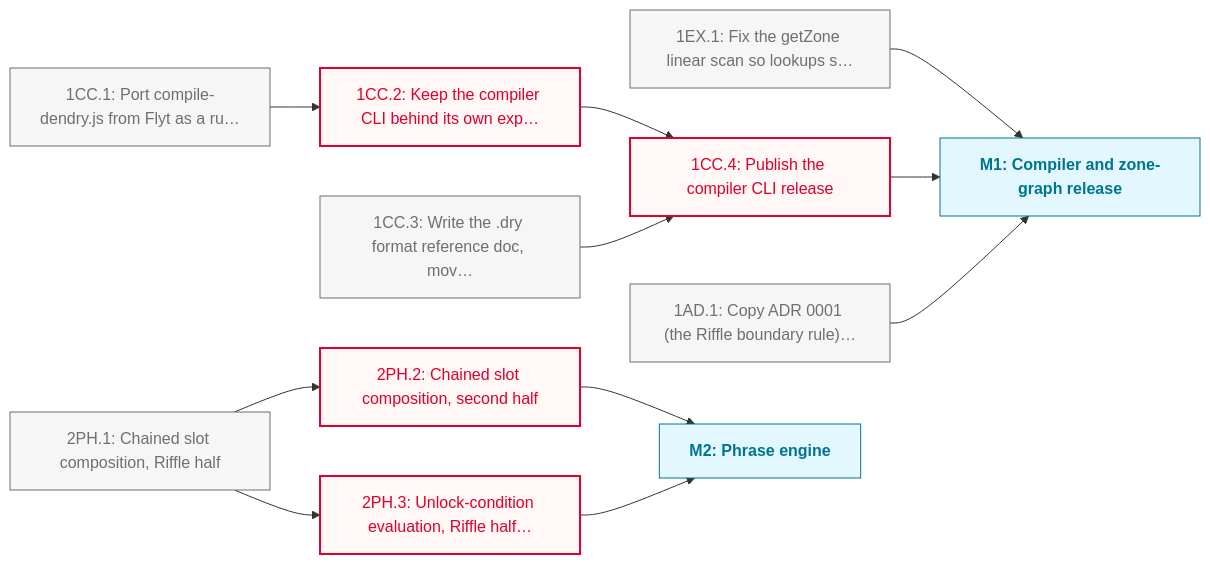
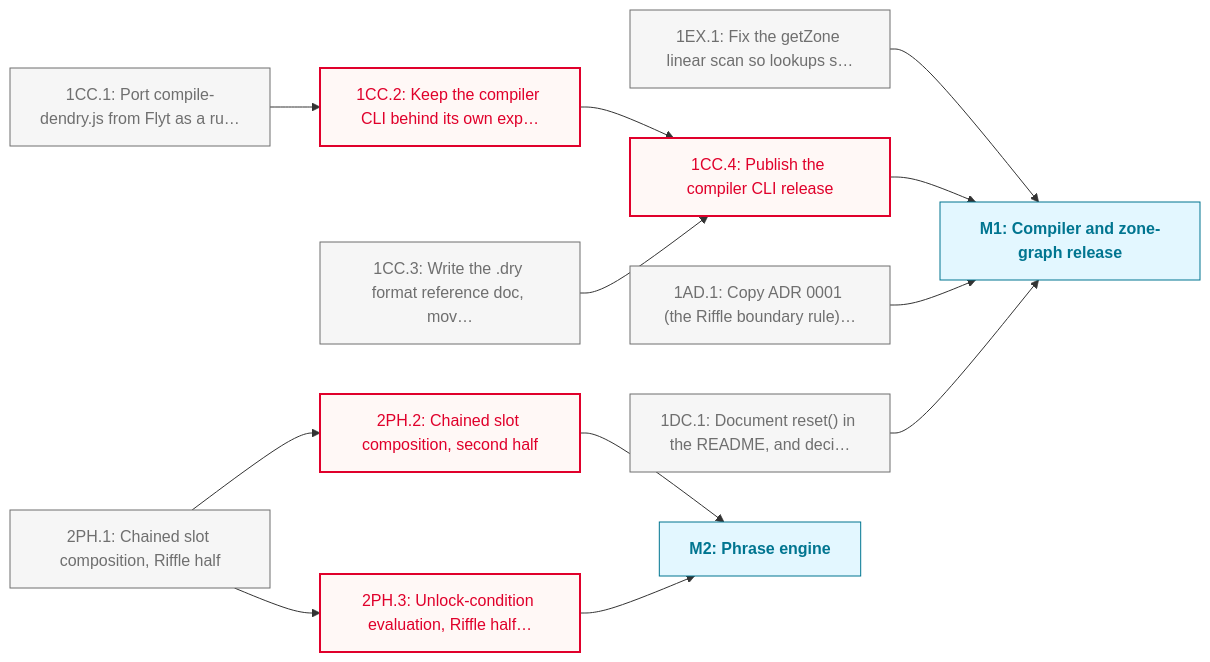
Before and after one commit to JasonWarrenUK/riffle: the diagram in docs/roadmaps/PHASE_1.md, drawn with Mermaid. The commit also changed other lines of this file and 2 other files, not shown here.

Commit message:
docs: track the README reset() gap Flyt found
Flyt's CLAUDE.md now defers to this README for the engine API, but the
README documents restart() and not reset(), and says nothing about
evaluateCondition, which the 1.1.0 types expose. 1DC.1 covers both.

````diff
--- a/docs/roadmaps/PHASE_1.md
+++ b/docs/roadmaps/PHASE_1.md
@@ -43,35 +45,37 @@
 ```mermaid
 graph LR
 	classDef todo fill:#f6f6f6,stroke:#6f6f6f,color:#6f6f6f
 	classDef inProgress fill:#e8f2ff,stroke:#0071af,color:#0071af
 	classDef blocked fill:#fff8f6,stroke:#e0002b,color:#e0002b,stroke-width:2px
 	classDef paused fill:#fdf4ff,stroke:#b01fe3,color:#b01fe3,stroke-dasharray:4 3
 	classDef deferred fill:#fff8f3,stroke:#ac5c00,color:#ac5c00,stroke-dasharray:2 4,font-style:italic
 	classDef done fill:#e0ffd9,stroke:#008217,color:#008217
 	classDef outOfScope fill:#f6f6f6,stroke:#717171,color:#717171,stroke-dasharray:2 2
 	classDef mile fill:#e3f7ff,stroke:#007590,color:#007590,font-weight:bold
 	classDef external fill:#fff9e5,stroke:#7d6f00,color:#7d6f00,stroke-dasharray:4 3,font-style:italic
 	1EX.1["1EX.1: Fix the getZone linear scan so lookups s…"]
 	1CC.1["1CC.1: Port compile-dendry.js from Flyt as a ru…"]
 	1CC.2["1CC.2: Keep the compiler CLI behind its own exp…"]
 	1CC.3["1CC.3: Write the .dry format reference doc, mov…"]
 	1CC.4["1CC.4: Publish the compiler CLI release"]
 	1AD.1["1AD.1: Copy ADR 0001 (the Riffle boundary rule)…"]
+	1DC.1["1DC.1: Document reset() in the README, and deci…"]
 	M1["M1: Compiler and zone-graph release"]:::mile
 	2PH.1["2PH.1: Chained slot composition, Riffle half"]
 	2PH.2["2PH.2: Chained slot composition, second half"]
 	2PH.3["2PH.3: Unlock-condition evaluation, Riffle half…"]
 	M2["M2: Phrase engine"]:::mile
 	1EX.1 --> M1
 	1CC.1 --> 1CC.2
 	1CC.2 --> 1CC.4
 	1CC.3 --> 1CC.4
 	1CC.4 --> M1
 	1AD.1 --> M1
+	1DC.1 --> M1
 	2PH.1 --> 2PH.2
 	2PH.1 --> 2PH.3
 	2PH.2 --> M2
 	2PH.3 --> M2
-	class 1AD.1,1CC.1,1CC.3,1EX.1,2PH.1 todo
+	class 1AD.1,1CC.1,1CC.3,1DC.1,1EX.1,2PH.1 todo
 	class 1CC.2,1CC.4,2PH.2,2PH.3 blocked
 ```
````
